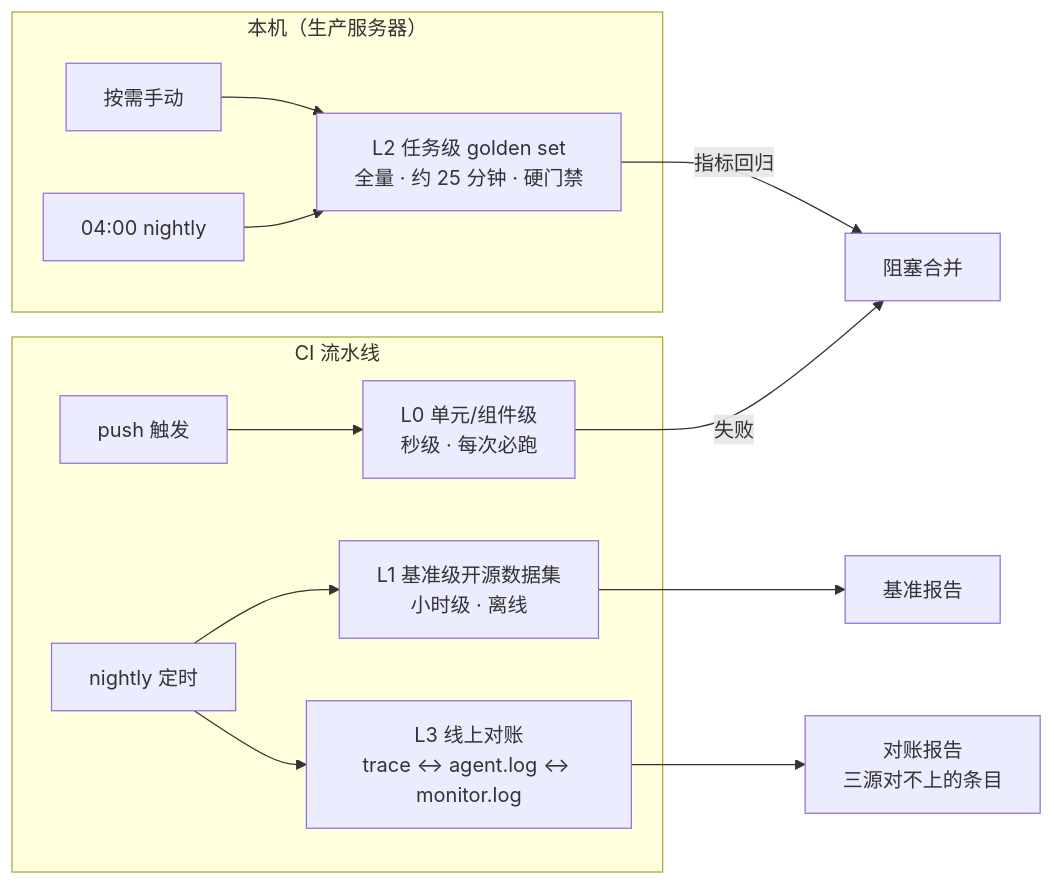
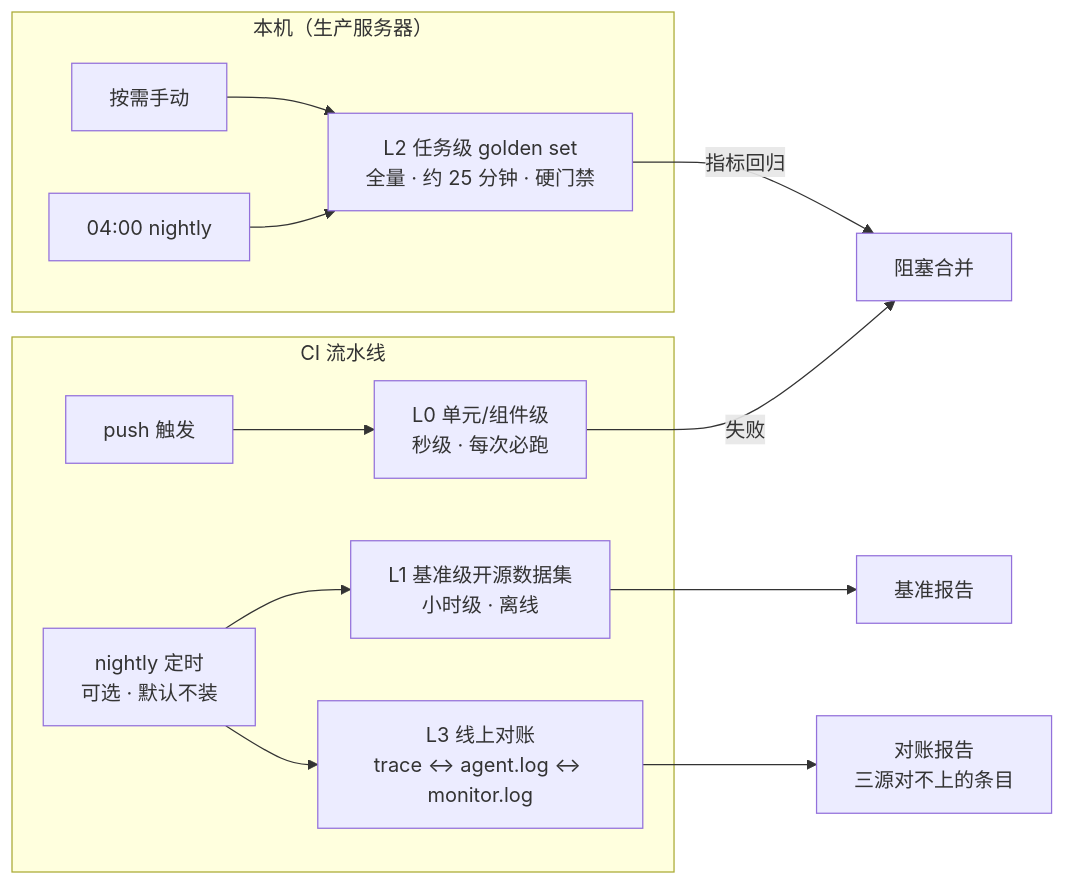
Before and after one commit to BigLeopardCat/saudade-blog-agent: the first of 2 diagrams in docs/eval-observability.md, drawn with Mermaid. The commit also changed other lines of this file and 6 other files, not shown here.

````diff
--- a/docs/eval-observability.md
+++ b/docs/eval-observability.md
@@ -230,16 +230,16 @@
 ```mermaid
 flowchart LR
     subgraph CI[CI 流水线]
         P0[push 触发] --> L0[L0 单元/组件级<br/>秒级 · 每次必跑]
-        N[nightly 定时] --> L1[L1 基准级开源数据集<br/>小时级 · 离线]
+        N[nightly 定时<br/>可选 · 默认不装] --> L1[L1 基准级开源数据集<br/>小时级 · 离线]
         N --> L3[L3 线上对账<br/>trace ↔ agent.log ↔ monitor.log]
     end
     subgraph LOCAL[本机（生产服务器）]
         P1[按需手动] --> L2[L2 任务级 golden set<br/>全量 · 约 25 分钟 · 硬门禁]
         N2[04:00 nightly] --> L2
     end
     L0 -->|失败| BLOCK[阻塞合并]
     L2 -->|指标回归| BLOCK
     L1 --> R1[基准报告]
     L3 --> R2[对账报告<br/>三源对不上的条目]
 ```
````
